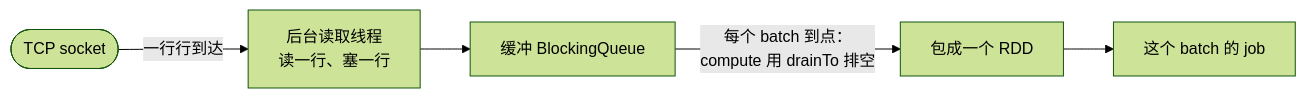
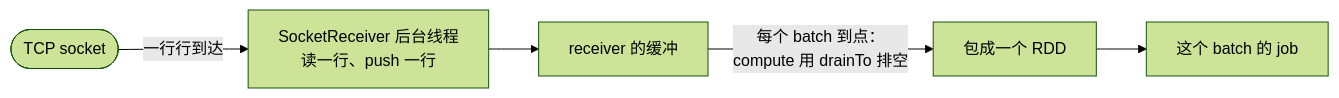
One commit to rchaocai/mini-spark changed the fifth of 8 diagrams in content/docs/03-part3/ch11-streaming.md. Above: the diagram before and after it, drawn with Mermaid (forest theme). The commit also changed other lines of this file and 3 other files, not shown here.

````diff
--- a/content/docs/03-part3/ch11-streaming.md
+++ b/content/docs/03-part3/ch11-streaming.md
@@ -479,7 +483,7 @@
 ```mermaid
 flowchart LR
-    S(["TCP socket"]) -- "一行行到达" --> R["后台读取线程<br/>读一行、塞一行"]
-    R --> B["缓冲 BlockingQueue"]
+    S(["TCP socket"]) -- "一行行到达" --> R["SocketReceiver 后台线程<br/>读一行、push 一行"]
+    R --> B["receiver 的缓冲"]
     B -- "每个 batch 到点：<br/>compute 用 drainTo 排空" --> RDD["包成一个 RDD"]
     RDD --> J["这个 batch 的 job"]
 ```
````
